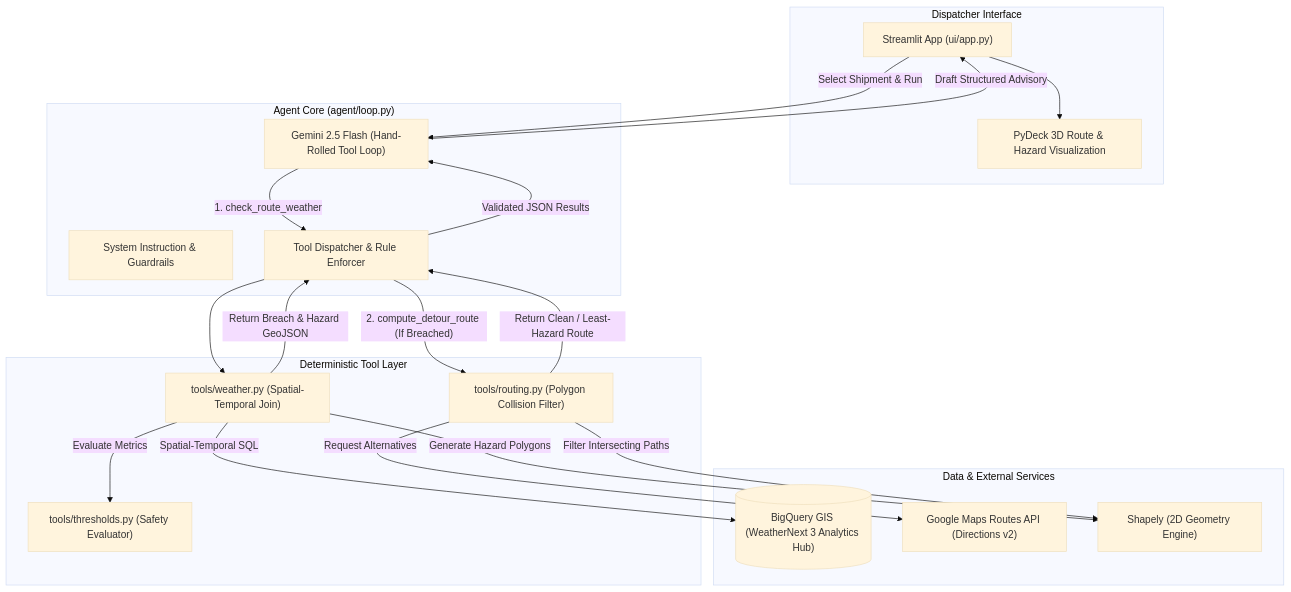
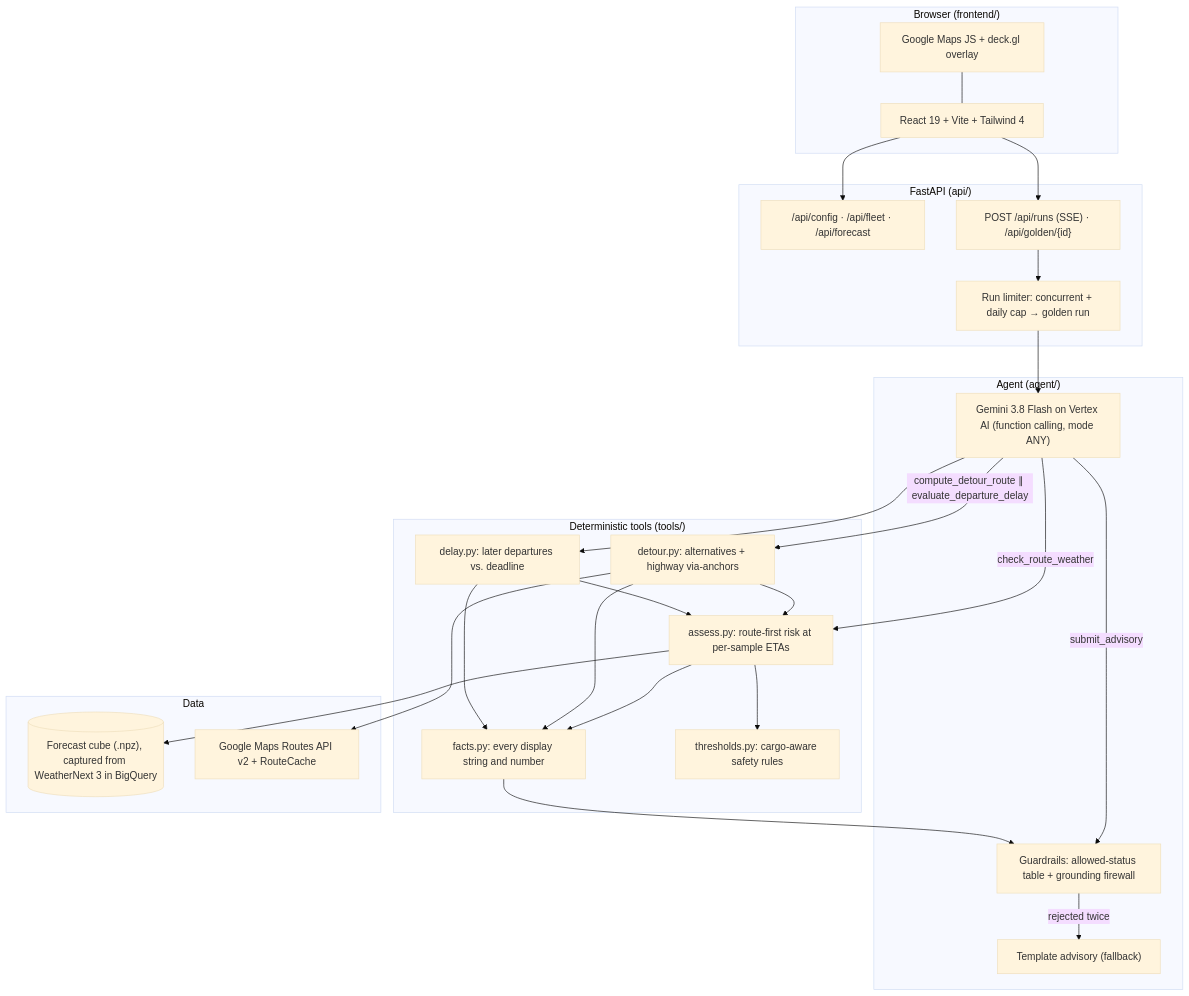
The first of 2 diagrams in README.md (RSibo/weathernext-shipping-demo), drawn with Mermaid (base theme) before and after one commit. The commit also changed other lines of this file and 129 other files, not shown here.

First line of the commit message:
feat: showcase-ready rebuild (React + Google Maps web app, Gemini 3 agent, Cloud Run deploy)

````diff
--- a/README.md
+++ b/README.md
@@ -51,42 +63,51 @@
 ```mermaid
 flowchart TD
-    subgraph UI ["Dispatcher Interface"]
-        APP["Streamlit App (ui/app.py)"]
-        MAP["PyDeck 3D Route & Hazard Visualization"]
+    subgraph Browser ["Browser (frontend/)"]
+        UI["React 19 + Vite + Tailwind 4"]
+        MAP["Google Maps JS + deck.gl overlay"]
     end
 
-    subgraph Agent ["Agent Core (agent/loop.py)"]
-        PROMPT["System Instruction & Guardrails"]
-        GEMINI["Gemini 2.5 Flash (Hand-Rolled Tool Loop)"]
-        DISPATCH["Tool Dispatcher & Rule Enforcer"]
+    subgraph API ["FastAPI (api/)"]
+        REST["/api/config · /api/fleet · /api/forecast"]
+        SSE["POST /api/runs (SSE) · /api/golden/{id}"]
+        LIM["Run limiter: concurrent + daily cap → golden run"]
     end
 
-    subgraph Tools ["Deterministic Tool Layer"]
-        WEATHER["tools/weather.py (Spatial-Temporal Join)"]
-        THRESH["tools/thresholds.py (Safety Evaluator)"]
-        ROUTING["tools/routing.py (Polygon Collision Filter)"]
+    subgraph Agent ["Agent (agent/)"]
+        GEM["Gemini 3.8 Flash on Vertex AI (function calling, mode ANY)"]
+        GUARD["Guardrails: allowed-status table + grounding firewall"]
+        FALL["Template advisory (fallback)"]
     end
 
-    subgraph Data ["Data & External Services"]
-        BQ[("BigQuery GIS (WeatherNext 3 Analytics Hub)")]
-        GMAPS["Google Maps Routes API (Directions v2)"]
-        SHP["Shapely (2D Geometry Engine)"]
+    subgraph Tools ["Deterministic tools (tools/)"]
+        ASSESS["assess.py: route-first risk at per-sample ETAs"]
+        DETOUR["detour.py: alternatives + highway via-anchors"]
+        DELAY["delay.py: later departures vs. deadline"]
+        FACTS["facts.py: every display string and number"]
+        THRESH["thresholds.py: cargo-aware safety rules"]
     end
 
-    APP -->|"Select Shipment & Run"| GEMINI
-    GEMINI -->|"1. check_route_weather"| DISPATCH
-    DISPATCH --> WEATHER
-    WEATHER -->|"Spatial-Temporal SQL"| BQ
-    WEATHER -->|"Evaluate Metrics"| THRESH
-    WEATHER -->|"Generate Hazard Polygons"| SHP
-    WEATHER -->|"Return Breach & Hazard GeoJSON"| DISPATCH
+    subgraph Data ["Data"]
+        CUBE[("Forecast cube (.npz), captured from WeatherNext 3 in BigQuery")]
+        ROUTES["Google Maps Routes API v2 + RouteCache"]
+    end
 
-    DISPATCH -->|"2. compute_detour_route (If Breached)"| ROUTING
-    ROUTING -->|"Request Alternatives"| GMAPS
-    ROUTING -->|"Filter Intersecting Paths"| SHP
-    ROUTING -->|"Return Clean / Least-Hazard Route"| DISPATCH
-
-    DISPATCH -->|"Validated JSON Results"| GEMINI
-    GEMINI -->|"Draft Structured Advisory"| APP
-    APP --> MAP
+    UI --> REST
+    UI --> SSE
+    MAP --- UI
+    SSE --> LIM --> GEM
+    GEM -->|"check_route_weather"| ASSESS
+    GEM -->|"compute_detour_route ∥ evaluate_departure_delay"| DETOUR
+    GEM --> DELAY
+    GEM -->|"submit_advisory"| GUARD
+    GUARD -->|"rejected twice"| FALL
+    ASSESS --> THRESH
+    ASSESS --> CUBE
+    DETOUR --> ROUTES
+    DETOUR --> ASSESS
+    DELAY --> ASSESS
+    ASSESS --> FACTS
+    DETOUR --> FACTS
+    DELAY --> FACTS
+    FACTS --> GUARD
 ```
````
